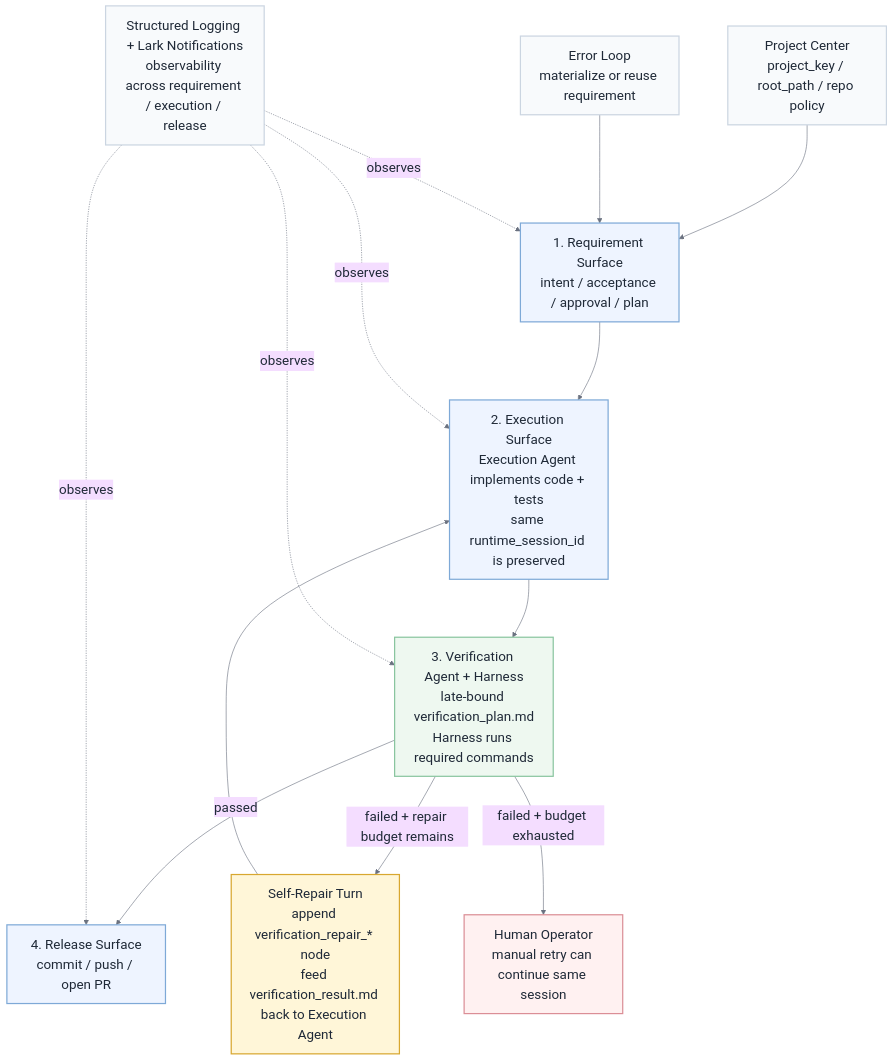
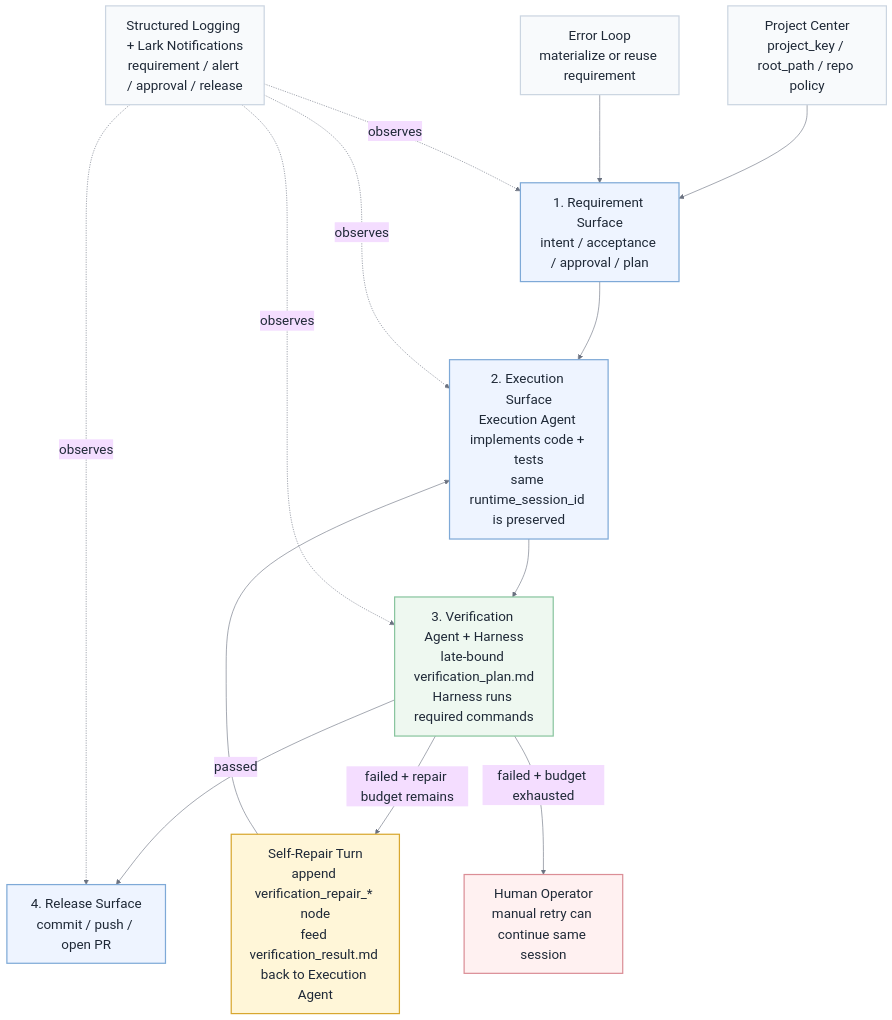
One commit to SynapseNetworkAI/Synapse-Network-Growing changed the diagram in docs/design-docs/company-ops-latest-architecture.md. Above: the diagram before and after it, drawn with Mermaid. The commit also changed other lines of this file and 17 other files, not shown here.

````diff
--- a/docs/design-docs/company-ops-latest-architecture.md
+++ b/docs/design-docs/company-ops-latest-architecture.md
@@ -17,31 +17,31 @@
 ```mermaid
 %%{init: {"theme": "base", "themeVariables": {"fontSize": "22px", "fontFamily": "Arial", "primaryTextColor": "#1f2937", "lineColor": "#6b7280"}, "flowchart": {"nodeSpacing": 80, "rankSpacing": 95, "curve": "basis"}} }%%
 flowchart TB
     P["Project Center<br/>project_key / root_path / repo policy"] --> R
     X["Error Loop<br/>materialize or reuse requirement"] --> R
 
     R["1. Requirement Surface<br/>intent / acceptance / approval / plan"] --> E
     E["2. Execution Surface<br/>Execution Agent implements code + tests<br/>same runtime_session_id is preserved"] --> V
     V["3. Verification Agent + Harness<br/>late-bound verification_plan.md<br/>Harness runs required commands"] -->|passed| L
     V -->|failed + repair budget remains| REPAIR["Self-Repair Turn<br/>append verification_repair_* node<br/>feed verification_result.md back to Execution Agent"]
     REPAIR --> E
     V -->|failed + budget exhausted| H["Human Operator<br/>manual retry can continue same session"]
     L["4. Release Surface<br/>commit / push / open PR"]
 
-    N["Structured Logging + Lark Notifications<br/>observability across requirement / execution / release"] -. observes .-> R
+    N["Structured Logging + Lark Notifications<br/>requirement / alert / approval / release"] -. observes .-> R
     N -. observes .-> E
     N -. observes .-> V
     N -. observes .-> L
 
     classDef surface fill:#eef4ff,stroke:#7ea9d7,stroke-width:2px,color:#1f2937;
     classDef verify fill:#eef8f0,stroke:#89c59f,stroke-width:2px,color:#1f2937;
     classDef repair fill:#fff6d8,stroke:#d8a72f,stroke-width:2px,color:#1f2937;
     classDef human fill:#fff1f1,stroke:#db8e96,stroke-width:2px,color:#1f2937;
     classDef side fill:#f8fafc,stroke:#cbd5e1,stroke-width:2px,color:#1f2937;
 
     class R,E,L surface;
     class V verify;
     class REPAIR repair;
     class H human;
     class P,X,N side;
 ```
````
